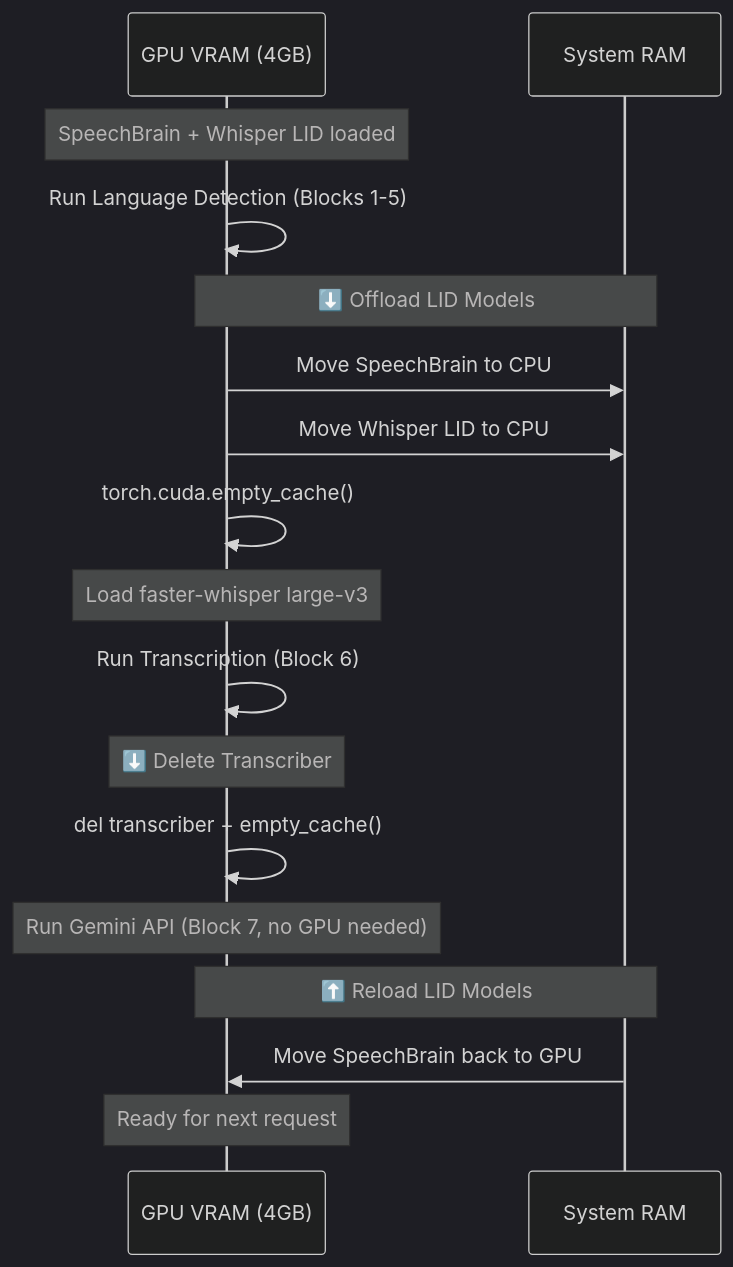
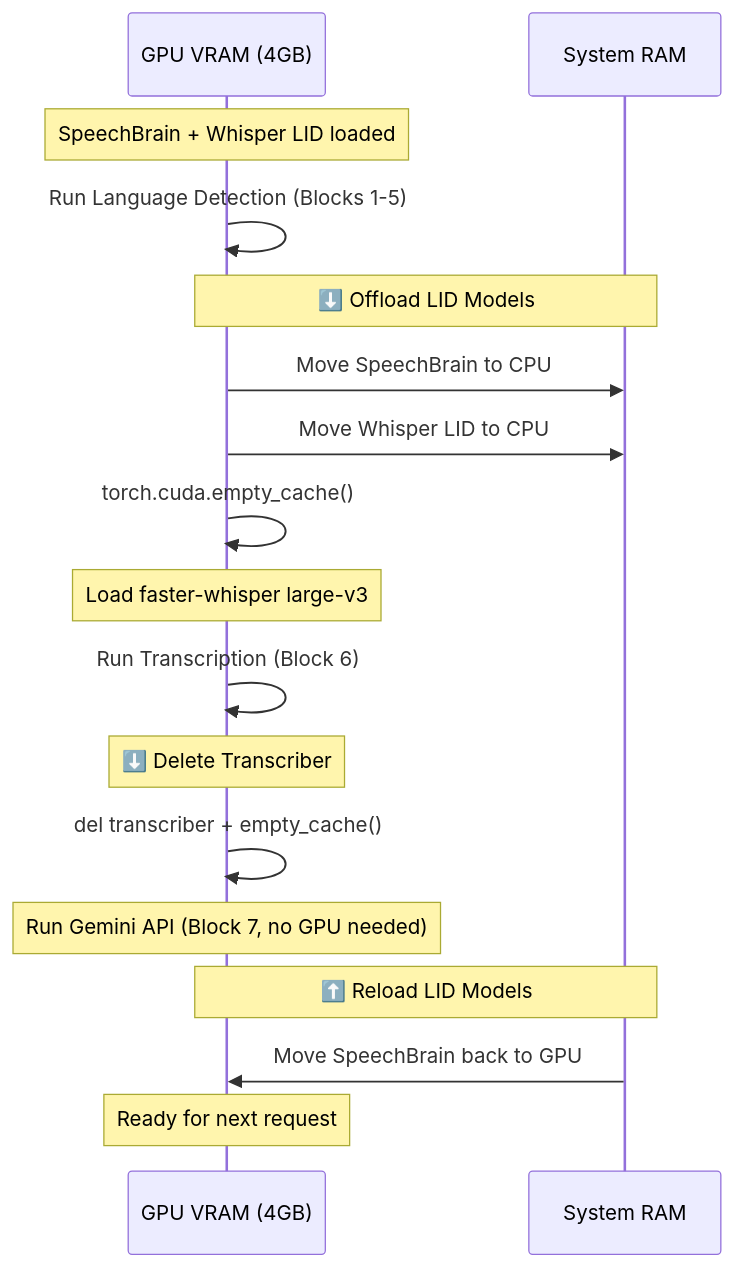
The sixth of 8 diagrams in transcription_progress_report.md (Duljit2006/frame-speech), drawn with Mermaid before and after one commit. The commit also changed other lines of this file and 13 other files, not shown here.

Commit message:
fix: remove mermaid theme init to fix invisible arrows on github dark mode

````diff
--- a/transcription_progress_report.md
+++ b/transcription_progress_report.md
@@ -271,26 +266,25 @@
 ```mermaid
-%%{init: {'theme': 'dark'}}%%
 sequenceDiagram
     participant GPU as GPU VRAM (4GB)
     participant CPU as System RAM
 
     Note over GPU: SpeechBrain + Whisper LID loaded
     GPU->>GPU: Run Language Detection (Blocks 1-5)
     
     Note over GPU,CPU: ⬇️ Offload LID Models
     GPU->>CPU: Move SpeechBrain to CPU
     GPU->>CPU: Move Whisper LID to CPU
     GPU->>GPU: torch.cuda.empty_cache()
     
     Note over GPU: Load faster-whisper large-v3
     GPU->>GPU: Run Transcription (Block 6)
     
     Note over GPU: ⬇️ Delete Transcriber
     GPU->>GPU: del transcriber + empty_cache()
     
     Note over GPU: Run Gemini API (Block 7, no GPU needed)
     
     Note over GPU,CPU: ⬆️ Reload LID Models
     CPU->>GPU: Move SpeechBrain back to GPU
     Note over GPU: Ready for next request
 ```
````
